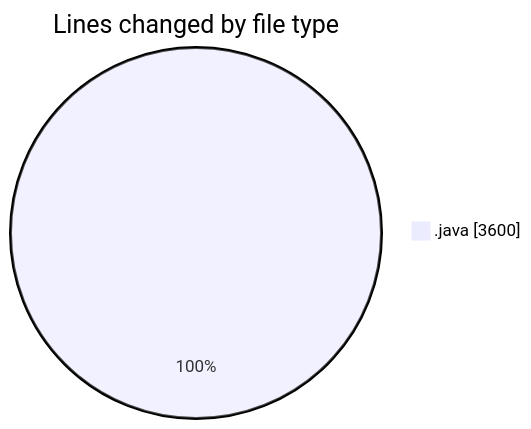
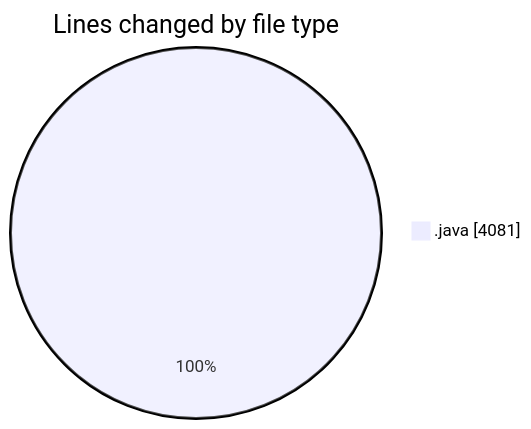
One commit to ricardozamudiocil/code-tracking changed the first of 2 diagrams in 2026-11-17/cilapp/README.md. Above: the diagram before and after it, drawn with Mermaid. The commit also changed other lines of this file and 1 other file, not shown here.

````diff
--- a/2026-11-17/cilapp/README.md
+++ b/2026-11-17/cilapp/README.md
@@ -20,5 +21,5 @@
 ```mermaid
 pie showData
 title Lines changed by file type
-".java" : 3600
+".java" : 4081
 ```
````
